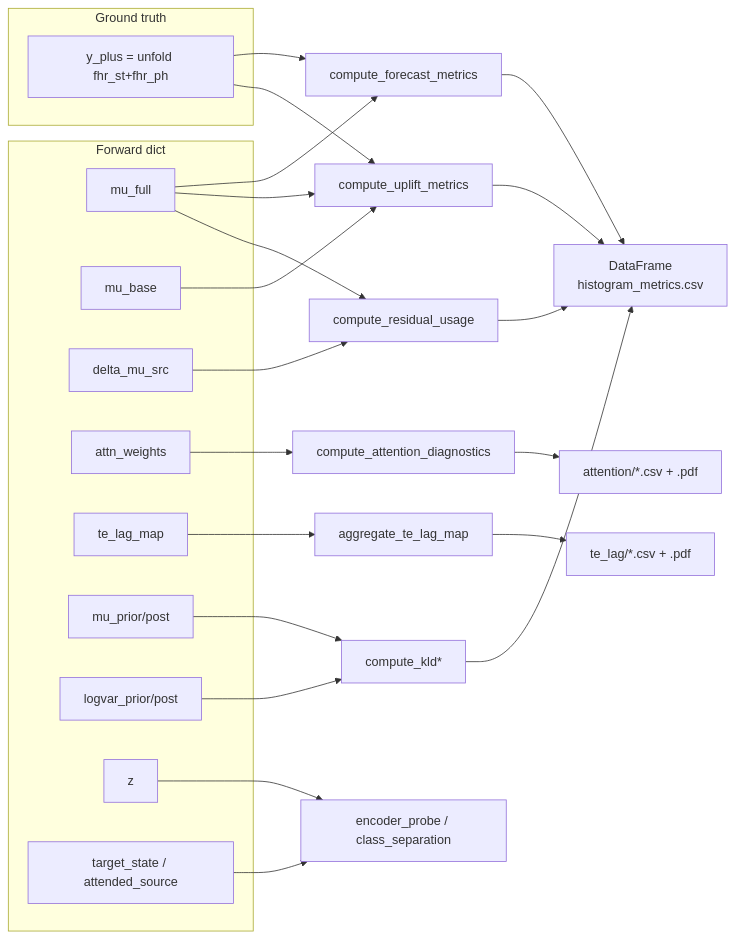
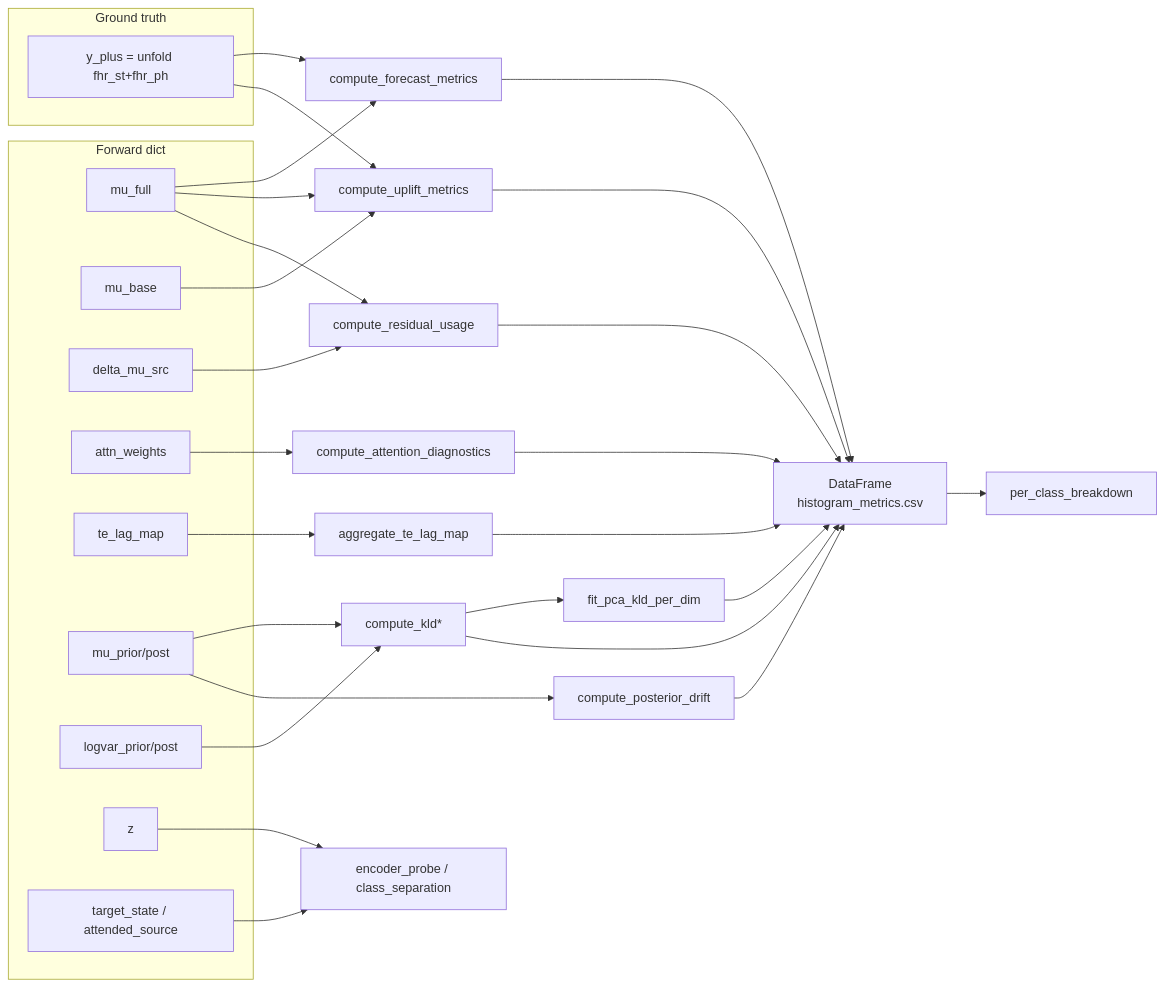
One commit to Mahdi-Si/VAE-TEB changed the second of 2 diagrams in model/vae_teb_prediction/testing/TESTING_PIPELINE_ARCHITECTURE.md. Above: the diagram before and after it, drawn with Mermaid. The commit also changed other lines of this file and 2 other files, not shown here.

Commit message:
PCA for KLD comparison

````diff
--- a/model/vae_teb_prediction/testing/TESTING_PIPELINE_ARCHITECTURE.md
+++ b/model/vae_teb_prediction/testing/TESTING_PIPELINE_ARCHITECTURE.md
@@ -828,30 +995,31 @@
 ```mermaid
 flowchart LR
     subgraph Forward["Forward dict"]
         MF[mu_full]
         MB[mu_base]
         DS[delta_mu_src]
         AT[attn_weights]
         TL[te_lag_map]
         MP[mu_prior/post]
         LV[logvar_prior/post]
         ZZ[z]
         TS[target_state / attended_source]
     end
 
     subgraph GT["Ground truth"]
         YP[y_plus = unfold fhr_st+fhr_ph]
     end
 
     MF & YP --> FC[compute_forecast_metrics]
     MF & MB & YP --> UP[compute_uplift_metrics]
     DS & MF --> RU[compute_residual_usage]
     AT --> AD[compute_attention_diagnostics]
     TL --> TA[aggregate_te_lag_map]
     MP & LV --> KL[compute_kld*]
+    MP --> PD[compute_posterior_drift]
+    KL --> PCA[fit_pca_kld_per_dim]
     ZZ & TS --> EP[encoder_probe / class_separation]
 
-    FC & UP & RU & KL --> DF[DataFrame\nhistogram_metrics.csv]
-    AD --> AH[attention/*.csv + .pdf]
-    TA --> TR[te_lag/*.csv + .pdf]
+    FC & UP & RU & KL & PD & AD & TA & PCA --> DF[DataFrame\nhistogram_metrics.csv]
+    DF --> PCB[per_class_breakdown]
 ```
````
